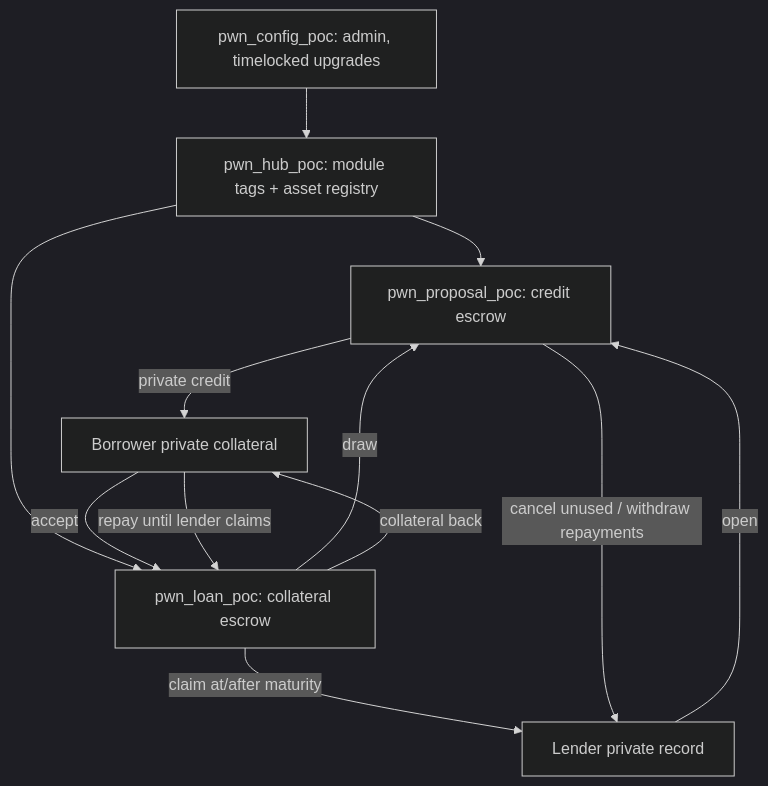
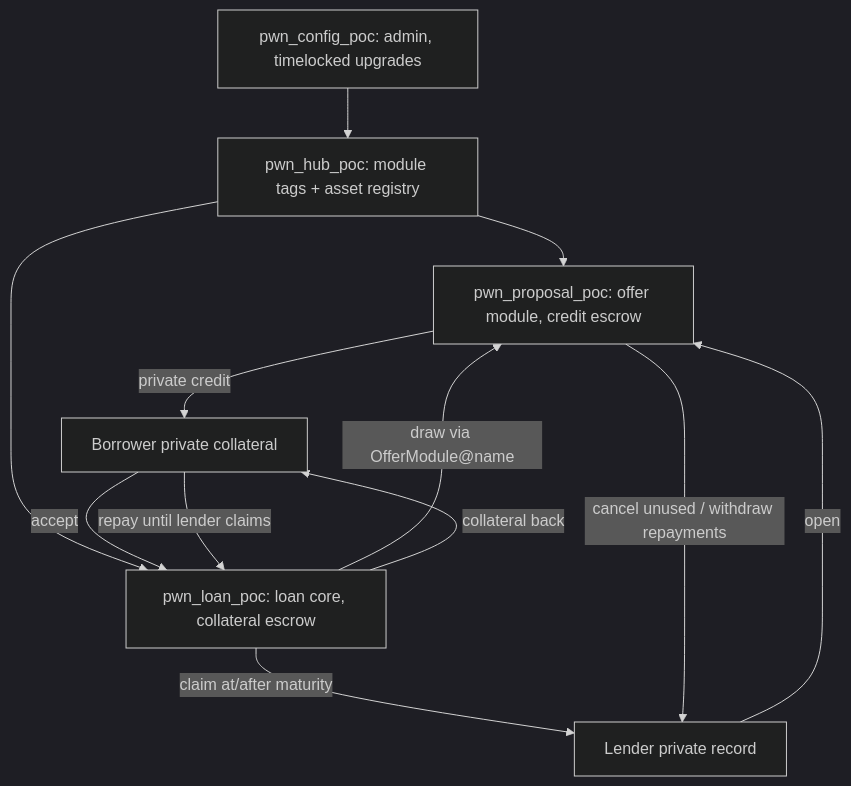
The diagram in README.md (jan-miksik/pwn-aleo-poc), drawn with Mermaid (dark theme) before and after one commit. The commit also changed other lines of this file and 19 other files, not shown here.

First line of the commit message:
feat: pluggable offer modules via dynamic dispatch

````diff
--- a/README.md
+++ b/README.md
@@ -12,14 +18,14 @@
 ```mermaid
 flowchart TD
     C[pwn_config_poc: admin, timelocked upgrades] --> H[pwn_hub_poc: module tags + asset registry]
-    H --> P[pwn_proposal_poc: credit escrow]
-    H --> L[pwn_loan_poc: collateral escrow]
+    H --> P[pwn_proposal_poc: offer module, credit escrow]
+    H --> L[pwn_loan_poc: loan core, collateral escrow]
     A[Lender private record] -->|open| P
     B[Borrower private collateral] -->|accept| L
-    L -->|draw| P
+    L -->|draw via OfferModule@name| P
     P -->|private credit| B
     B -->|repay until lender claims| L
     L -->|collateral back| B
     L -->|claim at/after maturity| A
     P -->|cancel unused / withdraw repayments| A
 ```
````
